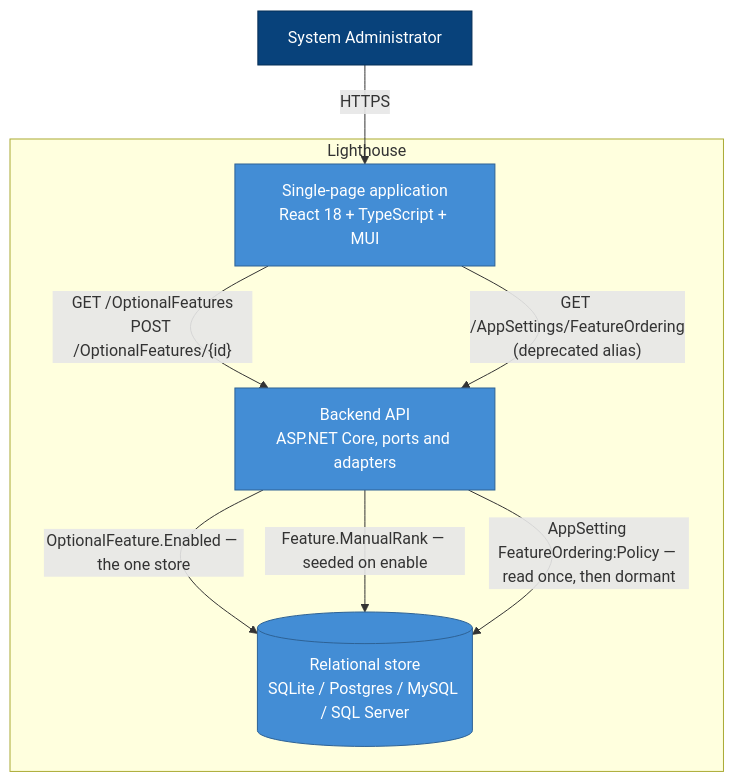
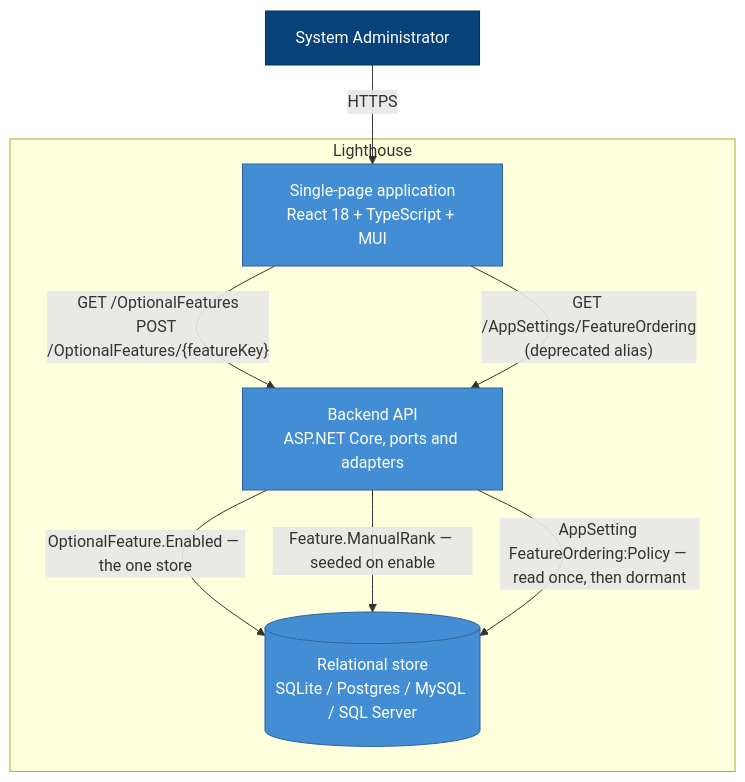
One commit to LetPeopleWork/Lighthouse changed the second of 3 diagrams in docs/feature/story-5876-behaviour-settings/feature-delta.md. Above: the diagram before and after it, drawn with Mermaid. The commit also changed other lines of this file and 2 other files, not shown here.

````diff
--- a/docs/feature/story-5876-behaviour-settings/feature-delta.md
+++ b/docs/feature/story-5876-behaviour-settings/feature-delta.md
@@ -599,24 +644,24 @@
 ```mermaid
 graph TB
     admin["System Administrator"]
 
     subgraph lighthouse["Lighthouse"]
         spa["Single-page application<br/>React 18 + TypeScript + MUI"]
         api["Backend API<br/>ASP.NET Core, ports and adapters"]
         db[("Relational store<br/>SQLite / Postgres / MySQL / SQL Server")]
     end
 
     admin -->|HTTPS| spa
-    spa -->|"GET /OptionalFeatures<br/>POST /OptionalFeatures/{id}"| api
+    spa -->|"GET /OptionalFeatures<br/>POST /OptionalFeatures/{featureKey}"| api
     spa -->|"GET /AppSettings/FeatureOrdering<br/>(deprecated alias)"| api
     api -->|"OptionalFeature.Enabled — the one store"| db
     api -->|"Feature.ManualRank — seeded on enable"| db
     api -->|"AppSetting FeatureOrdering:Policy — read once, then dormant"| db
 
     classDef person fill:#08427b,stroke:#052e56,color:#fff
     classDef container fill:#438dd5,stroke:#2e6295,color:#fff
     classDef store fill:#438dd5,stroke:#2e6295,color:#fff
     class admin person
     class spa,api container
     class db store
 ```
````
